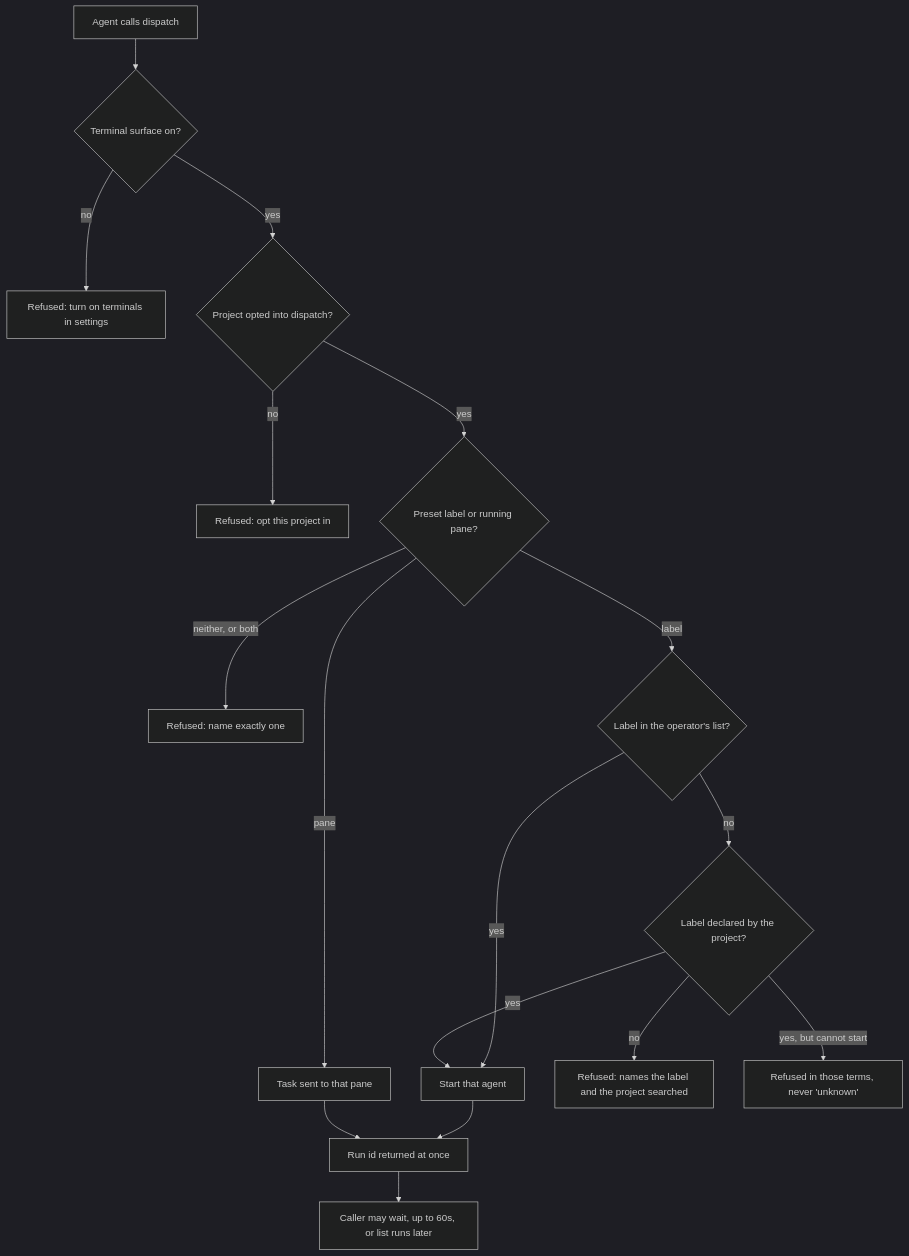
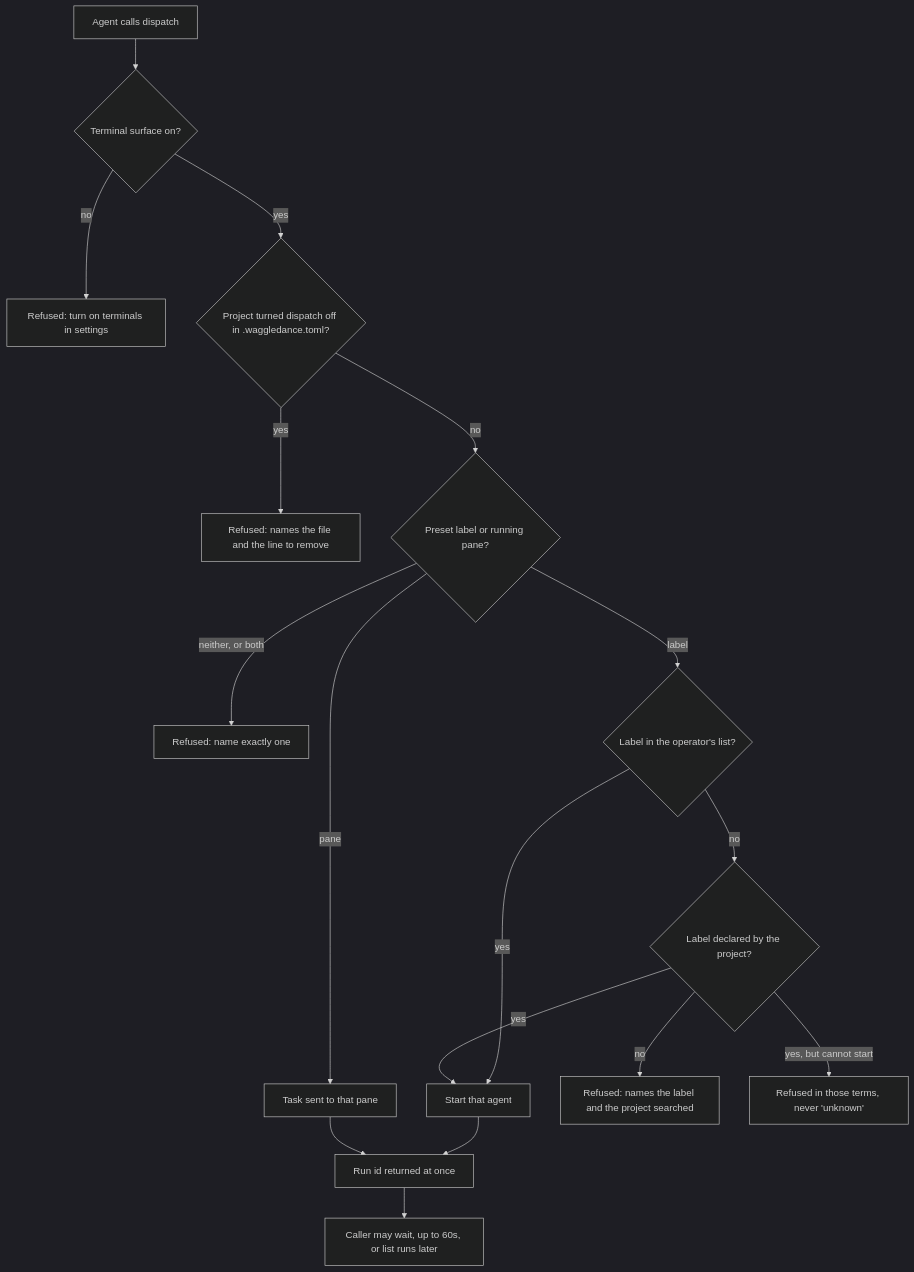
Before and after one commit to thanhsmind/waggledance: the diagram in docs/specs/mcp-surface.md, drawn with Mermaid (dark theme). The commit also changed other lines of this file and 6 other files, not shown here.

````diff
--- a/docs/specs/mcp-surface.md
+++ b/docs/specs/mcp-surface.md
@@ -216,19 +218,19 @@
 ```mermaid
 flowchart TD
     A[Agent calls dispatch] --> B{Terminal surface on?}
     B -- no --> R1[Refused: turn on terminals in settings]
-    B -- yes --> C{Project opted into dispatch?}
-    C -- no --> R2[Refused: opt this project in]
-    C -- yes --> D{Preset label or running pane?}
+    B -- yes --> C{Project turned dispatch off in .waggledance.toml?}
+    C -- yes --> R2[Refused: names the file and the line to remove]
+    C -- no --> D{Preset label or running pane?}
     D -- neither, or both --> R3[Refused: name exactly one]
     D -- pane --> G[Task sent to that pane]
     D -- label --> E{Label in the operator's list?}
     E -- yes --> F[Start that agent]
     E -- no --> H{Label declared by the project?}
     H -- no --> R4[Refused: names the label and the project searched]
     H -- yes, but cannot start --> R5[Refused in those terms, never 'unknown']
     H -- yes --> F
     F --> I[Run id returned at once]
     G --> I
     I --> J[Caller may wait, up to 60s, or list runs later]
 ```
````
